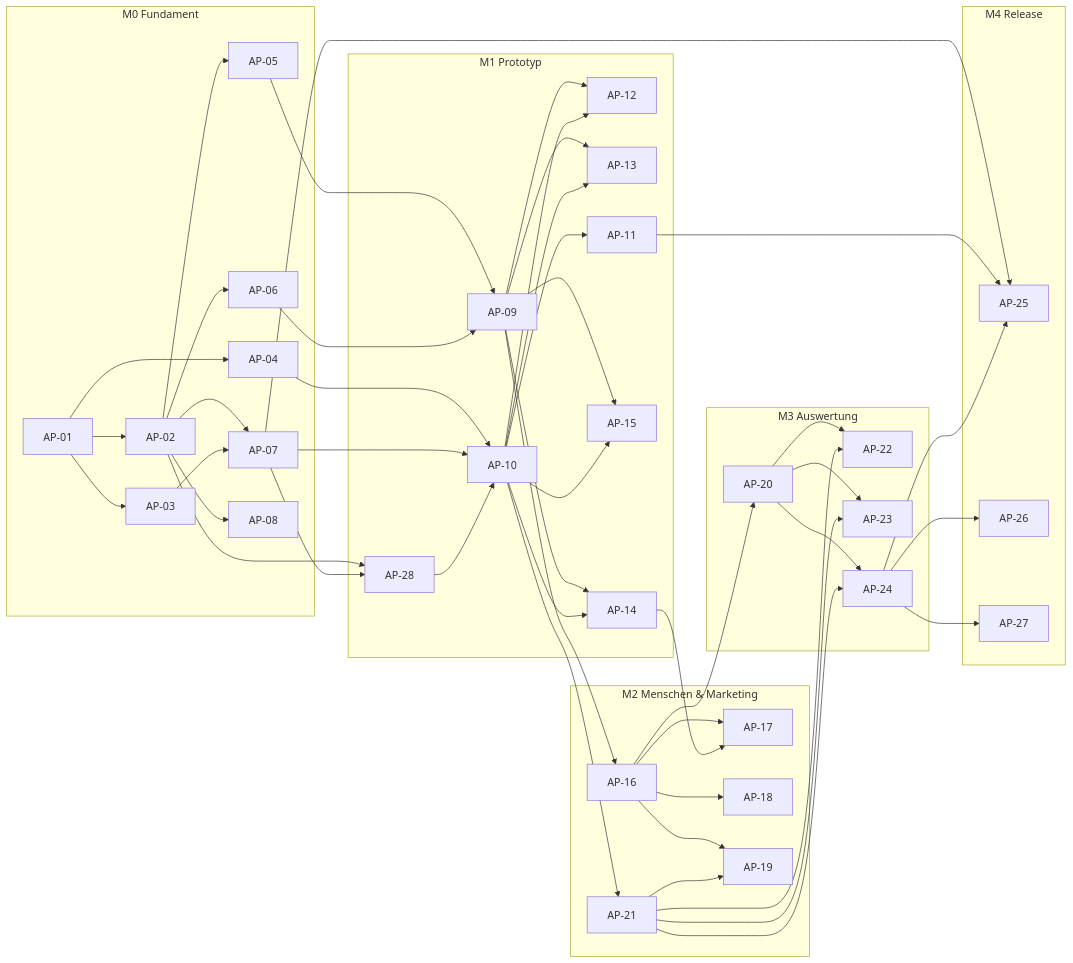
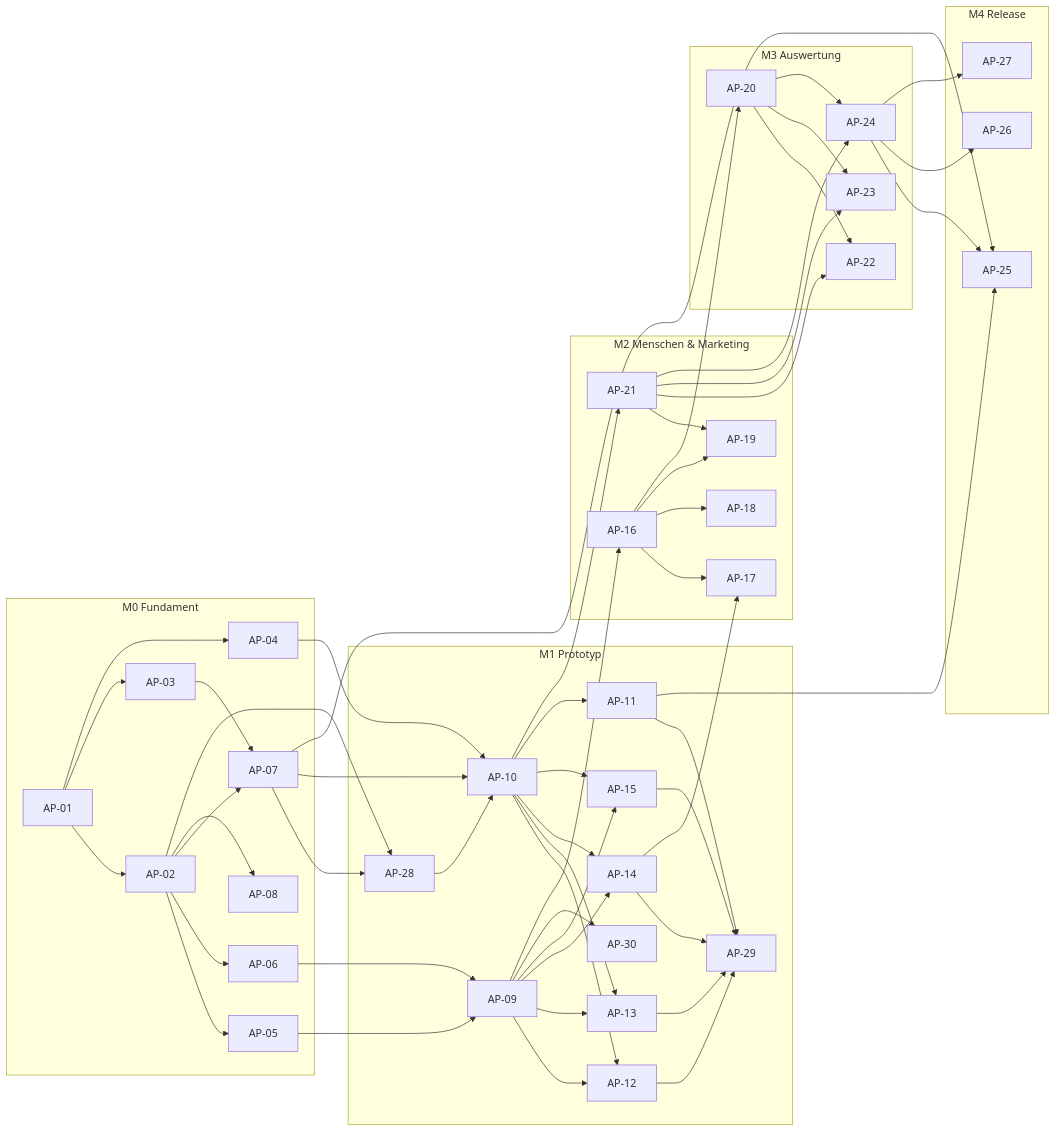
One commit to CemDCoding/appManager changed the third of 3 diagrams in docs/masterBuildPlan.md. Above: the diagram before and after it, drawn with Mermaid. The commit also changed other lines of this file, not shown here.

````diff
--- a/docs/masterBuildPlan.md
+++ b/docs/masterBuildPlan.md
@@ -558,36 +563,38 @@
 ```mermaid
 flowchart LR
   subgraph M0["M0 Fundament"]
     AP01["AP-01"] --> AP02["AP-02"] & AP03["AP-03"] & AP04["AP-04"]
     AP02 --> AP05["AP-05"] & AP06["AP-06"] & AP07["AP-07"] & AP08["AP-08"]
     AP03 --> AP07
   end
   subgraph M1["M1 Prototyp"]
     AP09["AP-09"]
     AP28["AP-28"]
     AP10["AP-10"]
     AP09 & AP10 --> AP12["AP-12"] & AP13["AP-13"] & AP14["AP-14"] & AP15["AP-15"]
     AP10 --> AP11["AP-11"]
+    AP11 & AP12 & AP13 & AP14 & AP15 --> AP29["AP-29"]
+    AP09 --> AP30["AP-30"]
   end
   subgraph M2["M2 Menschen & Marketing"]
     AP16["AP-16"] --> AP17["AP-17"] & AP18["AP-18"] & AP19["AP-19"]
     AP21["AP-21"] --> AP19
   end
   subgraph M3["M3 Auswertung"]
     AP20["AP-20"] --> AP22["AP-22"] & AP23["AP-23"] & AP24["AP-24"]
   end
   AP21 --> AP22 & AP23 & AP24
   AP14 --> AP17
   subgraph M4["M4 Release"]
     AP25["AP-25"]
     AP26["AP-26"]
     AP27["AP-27"]
   end
   AP05 & AP06 --> AP09
   AP02 & AP07 --> AP28
   AP04 & AP07 & AP28 --> AP10
   AP09 --> AP16 --> AP20
   AP10 --> AP21
   AP07 & AP11 --> AP25
   AP24 --> AP25 & AP26 & AP27
 ```
````
